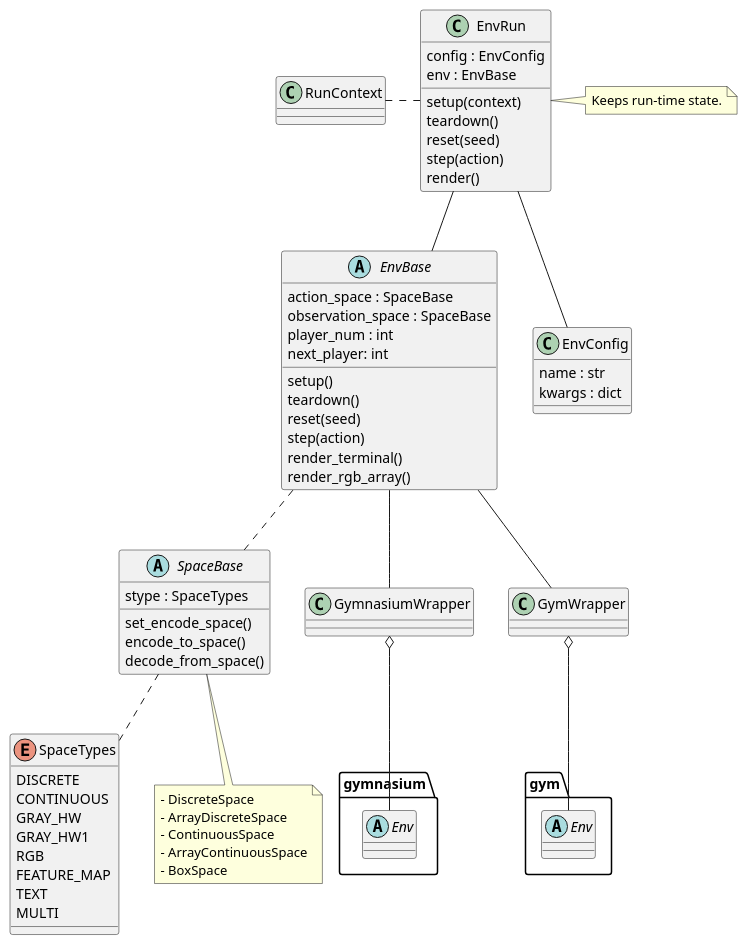
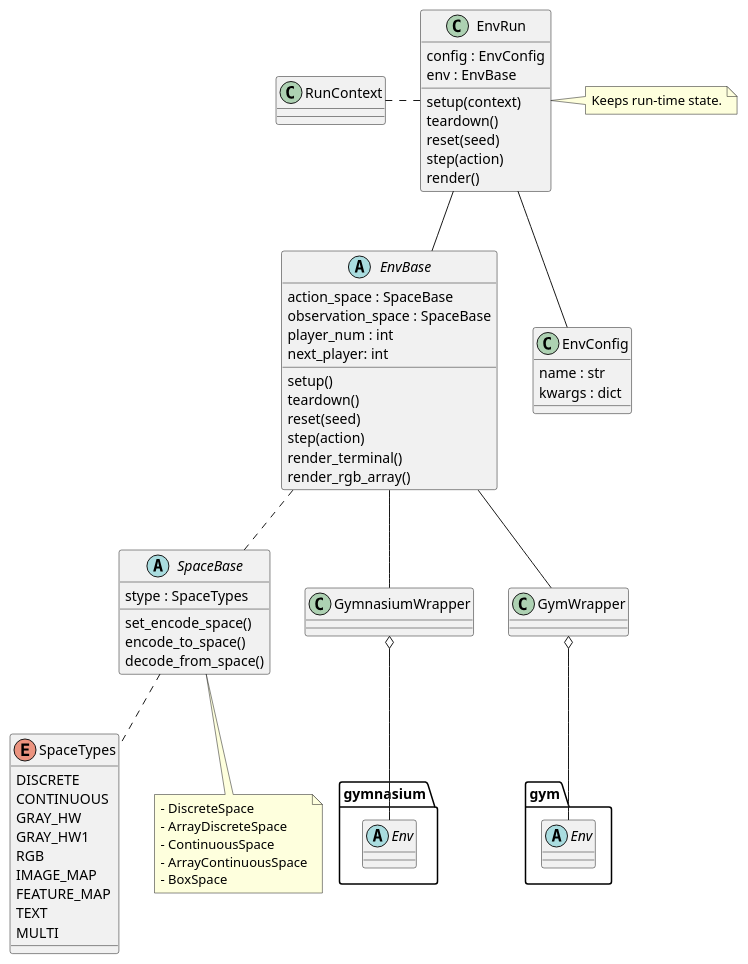
Before and after one commit to pocokhc/simple_distributed_rl: the diagram in diagrams/class_env.pu, drawn with PlantUML. The commit also changed 9 other files, not shown here.

```diff
--- a/diagrams/class_env.pu
+++ b/diagrams/class_env.pu
@@ -1,80 +1,81 @@
 @startuml class_env
 
 enum SpaceTypes {
     DISCRETE
     CONTINUOUS
     GRAY_HW
     GRAY_HW1
     RGB
+    IMAGE_MAP
     FEATURE_MAP
     TEXT
     MULTI
 }
 
 abstract SpaceBase {
     stype : SpaceTypes
     set_encode_space()
     encode_to_space()
     decode_from_space()
 }
 note as SpaceMemo
 - DiscreteSpace
 - ArrayDiscreteSpace
 - ContinuousSpace
 - ArrayContinuousSpace
 - BoxSpace
 end note
 SpaceBase <|-- SpaceMemo
 
 SpaceBase .. SpaceTypes
 
 abstract EnvBase {
     action_space : SpaceBase
     observation_space : SpaceBase
     player_num : int
     next_player: int
     setup()
     teardown()
     reset(seed)
     step(action)
     render_terminal()
     render_rgb_array()
 } 
 
 EnvBase .. SpaceBase
 
 abstract gymnasium.Env {}
 abstract gym.Env {}
 class GymnasiumWrapper {}
 class GymWrapper {}
 
 GymnasiumWrapper o-- gymnasium.Env
 GymWrapper o-- gym.Env
 EnvBase -- GymnasiumWrapper
 EnvBase -- GymWrapper
 
 class RunContext {}
 class EnvRun {
     config : EnvConfig
     env : EnvBase
     setup(context)
     teardown()
     reset(seed)
     step(action)
     render()
 }
 EnvRun -- EnvBase
 RunContext . EnvRun
 
 note "Keeps run-time state." as EnvRunMemo
 EnvRun . EnvRunMemo
 
 
 class EnvConfig {
     name : str
     kwargs : dict
 }
 EnvRun -- EnvConfig
 
 
 @enduml
```
